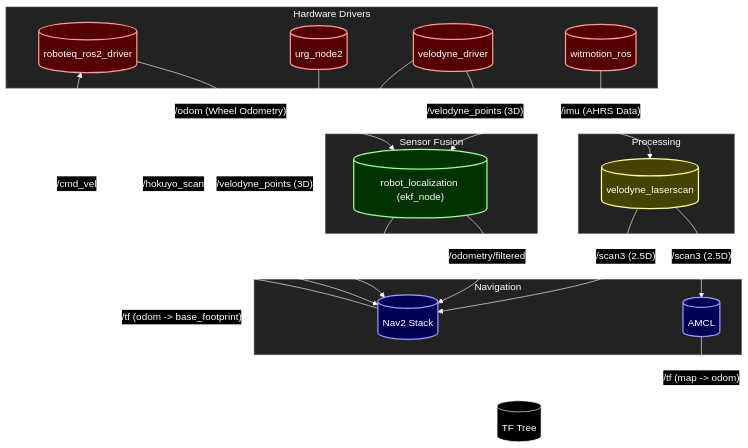
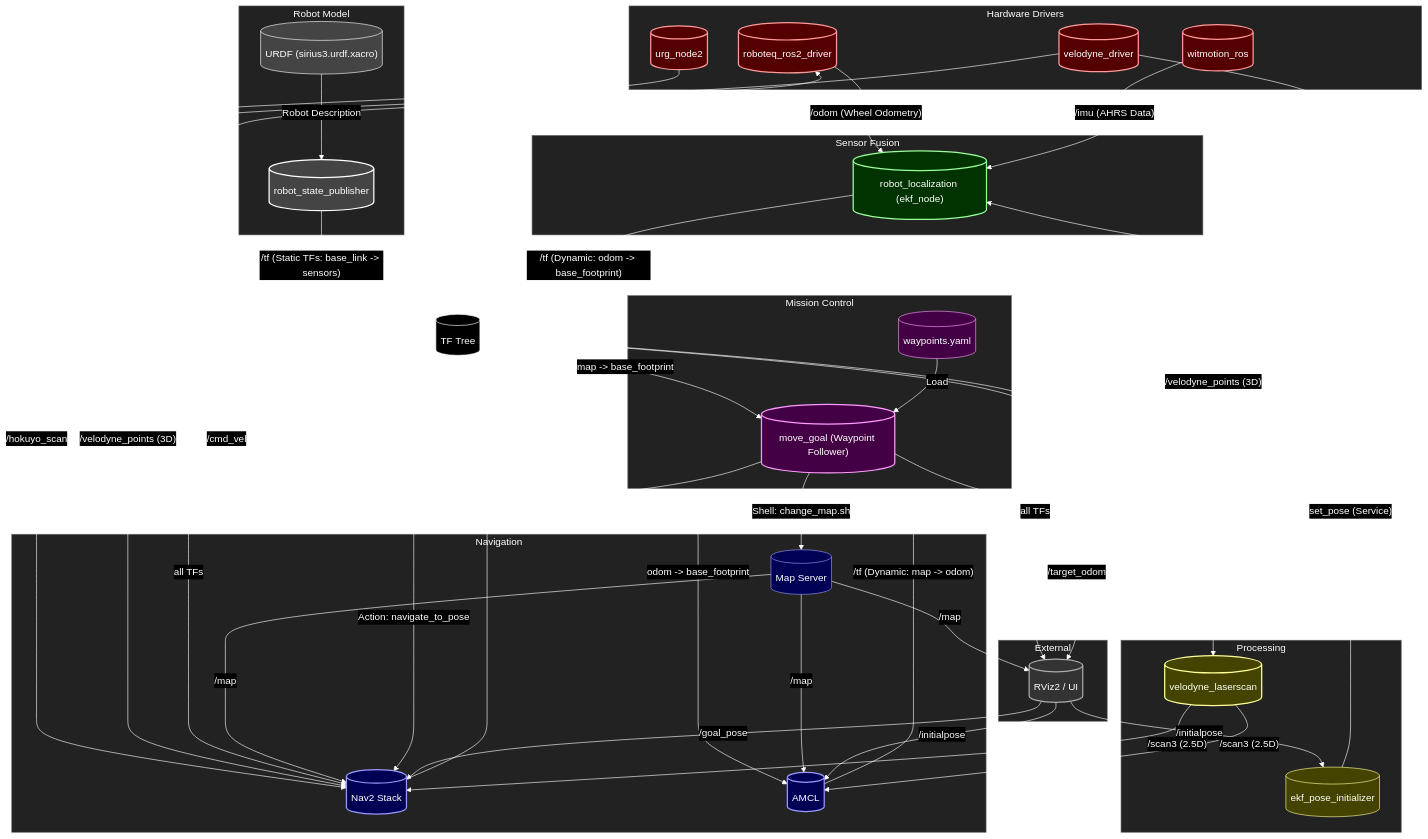
Before and after one commit to YakiFrog/sirius_jazzy_ws: the diagram in docs/system_diagram.md, drawn with Mermaid. The commit also changed other lines of this file, not shown here.

Commit message:
docs: update system diagram.

````diff
--- a/docs/system_diagram.md
+++ b/docs/system_diagram.md
@@ -12,8 +12,19 @@
         IMU[("witmotion_ros")]
     end
 
+    subgraph Robot Model
+        URDF[("URDF (sirius3.urdf.xacro)")]
+        RSP[("robot_state_publisher")]
+    end
+
     subgraph Processing
         VelScan[("velodyne_laserscan")]
+        EKFPoseInit[("ekf_pose_initializer")]
+    end
+
+    subgraph Mission Control
+        MoveGoal[("move_goal (Waypoint Follower)")]
+        Waypoints[("waypoints.yaml")]
     end
 
     subgraph Sensor Fusion
@@ -23,6 +34,11 @@
     subgraph Navigation
         Nav2[("Nav2 Stack")]
         AMCL[("AMCL")]
+        MapServer[("Map Server")]
+    end
+
+    subgraph External
+        RViz[("RViz2 / UI")]
     end
 
     %% Data Flow
@@ -37,15 +53,33 @@
     VelScan -- "/scan3" (2.5D) --> AMCL
     VelScan -- "/scan3" (2.5D) --> Nav2
 
-    EKF -- "/odometry/filtered" --> Nav2
-    EKF -- "/tf" (odom -> base_footprint) --> TfTree[("TF Tree")]
+    URDF -- "Robot Description" --> RSP
+    RSP -- "/tf" (Static TFs: base_link -> sensors) --> TfTree[("TF Tree")]
+    EKF -- "/tf" (Dynamic: odom -> base_footprint) --> TfTree
+    AMCL -- "/tf" (Dynamic: map -> odom) --> TfTree
+
+    TfTree -- "odom -> base_footprint" --> AMCL
+    TfTree -- "map -> base_footprint" --> MoveGoal
+    TfTree -- "all TFs" --> Nav2
+    TfTree -- "all TFs" --> RViz
+
+    MapServer -- "/map" --> AMCL
+    MapServer -- "/map" --> Nav2
+    MapServer -- "/map" --> RViz
+
+    Waypoints -- "Load" --> MoveGoal
+    MoveGoal -- "Action: navigate_to_pose" --> Nav2
+    MoveGoal -- "/target_odom" --> RViz
+    MoveGoal -- "Shell: change_map.sh" --> MapServer
+
+    RViz -- "/initialpose" --> AMCL
+    RViz -- "/initialpose" --> EKFPoseInit
+    EKFPoseInit -- "set_pose (Service)" --> EKF
+    RViz -- "/goal_pose" --> Nav2
 
     %% Control Flow
     Nav2 -- "/cmd_vel" --> Roboteq
 
-    %% Localization
-    AMCL -- "/tf" (map -> odom) --> TfTree
-    
     %% Styles
     %% Dark Red for Drivers
     style Roboteq fill:#550000,stroke:#ff9999,stroke-width:2px,color:#fff
@@ -53,8 +87,17 @@
     style Velodyne fill:#550000,stroke:#ff9999,stroke-width:2px,color:#fff
     style IMU fill:#550000,stroke:#ff9999,stroke-width:2px,color:#fff
     
+    %% Robot Model
+    style URDF fill:#444444,stroke:#ffffff,stroke-width:1px,color:#fff
+    style RSP fill:#444444,stroke:#ffffff,stroke-width:2px,color:#fff
+
     %% Processing
     style VelScan fill:#444400,stroke:#ffff99,stroke-width:2px,color:#fff
+    style EKFPoseInit fill:#444400,stroke:#ffff99,stroke-width:1px,color:#fff
+
+    %% Mission Control
+    style MoveGoal fill:#440044,stroke:#ff99ff,stroke-width:2px,color:#fff
+    style Waypoints fill:#440044,stroke:#ff99ff,stroke-width:1px,color:#fff
 
     %% Dark Green for Fusion
     style EKF fill:#003300,stroke:#99ff99,stroke-width:2px,color:#fff
@@ -62,4 +105,8 @@
     %% Dark Blue for Navigation
     style Nav2 fill:#000055,stroke:#9999ff,stroke-width:2px,color:#fff
     style AMCL fill:#000055,stroke:#9999ff,stroke-width:2px,color:#fff
+    style MapServer fill:#000055,stroke:#9999ff,stroke-width:1px,color:#fff
+
+    %% External
+    style RViz fill:#333333,stroke:#aaaaaa,stroke-width:2px,color:#fff
 ```
````
